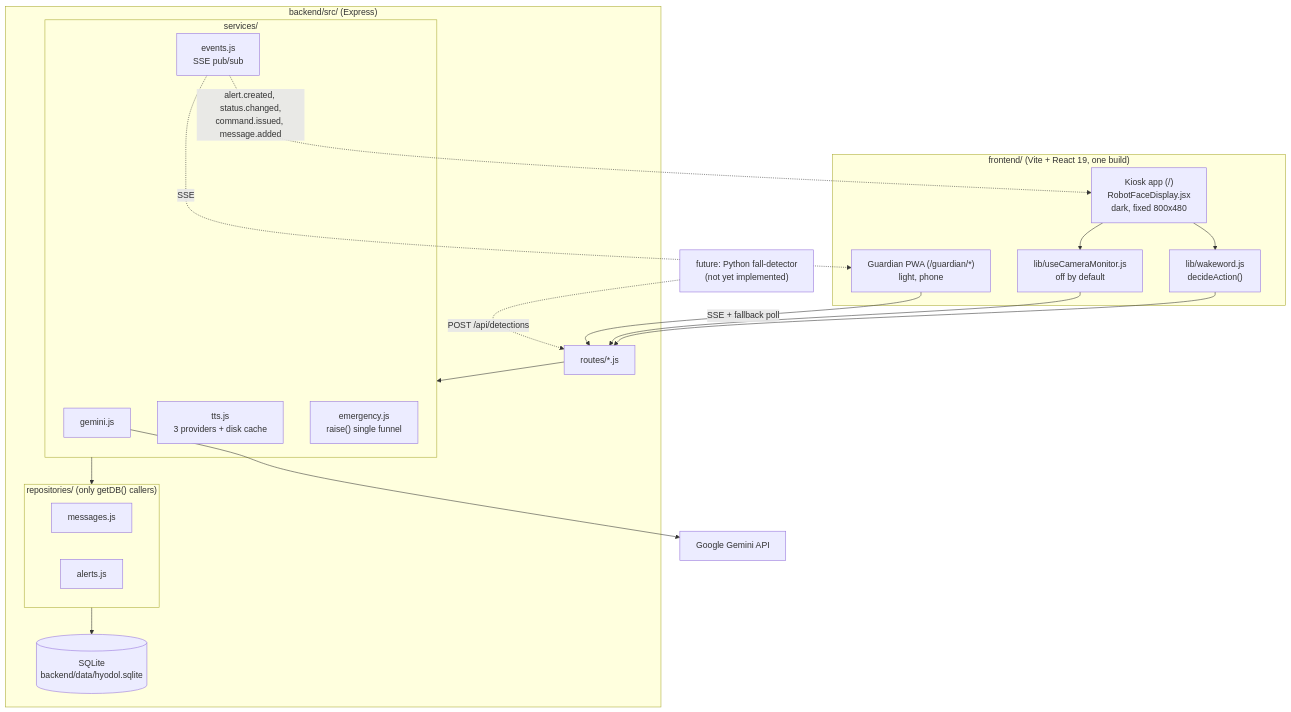
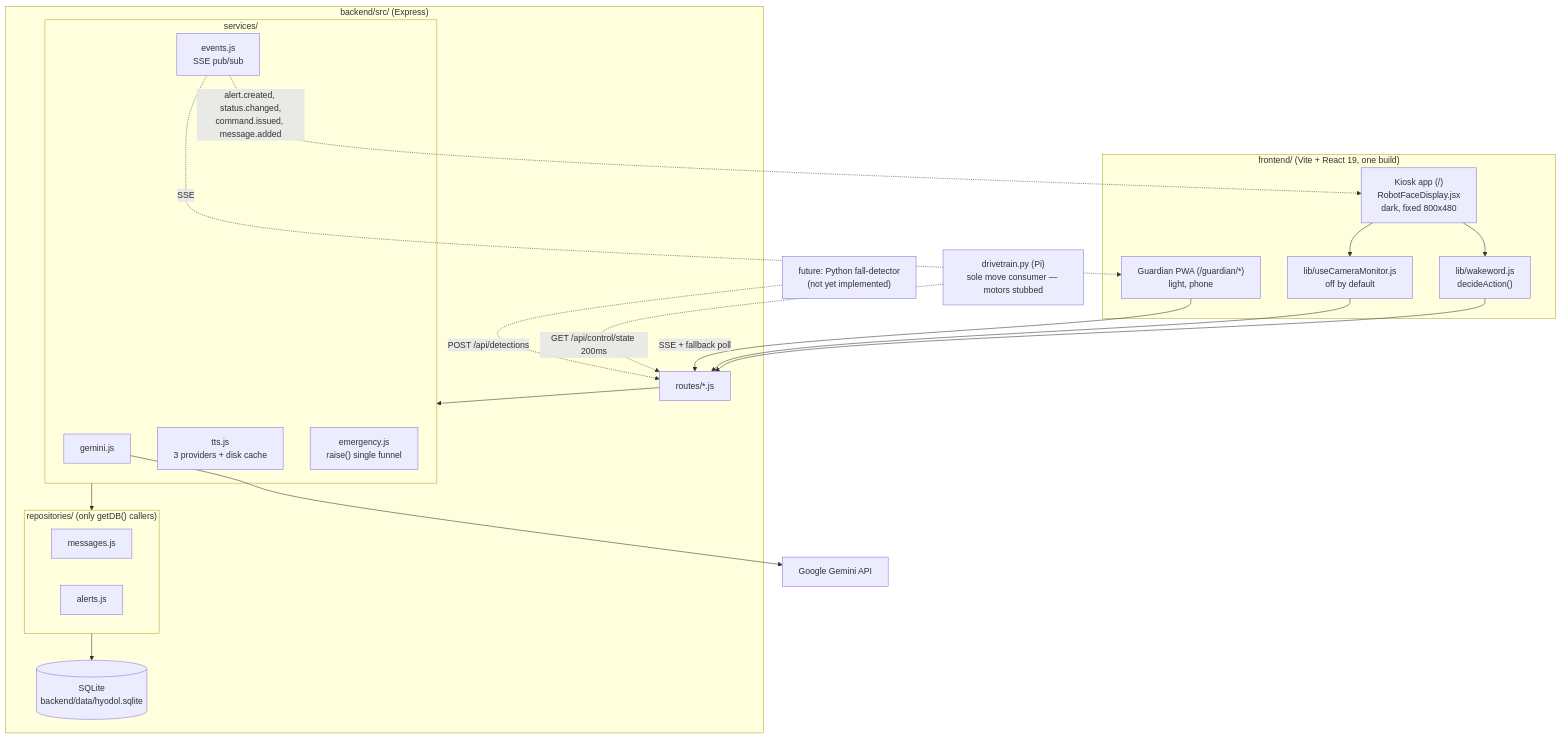
The first of 5 diagrams in docs/architecture.md (fredhj0912-hub/silver-care-robot), drawn with Mermaid before and after one commit. The commit also changed other lines of this file and 6 other files, not shown here.

````diff
--- a/docs/architecture.md
+++ b/docs/architecture.md
@@ -9,34 +9,36 @@
 ```mermaid
 graph TB
     subgraph Frontend["frontend/ (Vite + React 19, one build)"]
         Kiosk["Kiosk app (/)<br/>RobotFaceDisplay.jsx<br/>dark, fixed 800x480"]
         Guardian["Guardian PWA (/guardian/*)<br/>light, phone"]
         WakeGate["lib/wakeword.js<br/>decideAction()"]
         Camera["lib/useCameraMonitor.js<br/>off by default"]
     end
     subgraph Backend["backend/src/ (Express)"]
         Routes["routes/*.js"]
         subgraph Services["services/"]
             Gemini["gemini.js"]
             TTS["tts.js<br/>3 providers + disk cache"]
             Emergency["emergency.js<br/>raise() single funnel"]
             Events["events.js<br/>SSE pub/sub"]
         end
         subgraph Repos["repositories/ (only getDB() callers)"]
             MsgRepo["messages.js"]
             AlertRepo["alerts.js"]
         end
         DB[("SQLite<br/>backend/data/hyodol.sqlite")]
     end
     ExtGemini["Google Gemini API"]
     ExtDetector["future: Python fall-detector<br/>(not yet implemented)"]
+    Drivetrain["drivetrain.py (Pi)<br/>sole move consumer — motors stubbed"]
 
     Kiosk --> WakeGate --> Routes
     Kiosk --> Camera --> Routes
     Guardian -->|SSE + fallback poll| Routes
     Routes --> Services --> Repos --> DB
     Gemini --> ExtGemini
     ExtDetector -.->|POST /api/detections| Routes
+    Drivetrain -.->|GET /api/control/state 200ms| Routes
     Events -.->|"alert.created, status.changed,<br/>command.issued, message.added"| Kiosk
     Events -.->|SSE| Guardian
 ```
````
